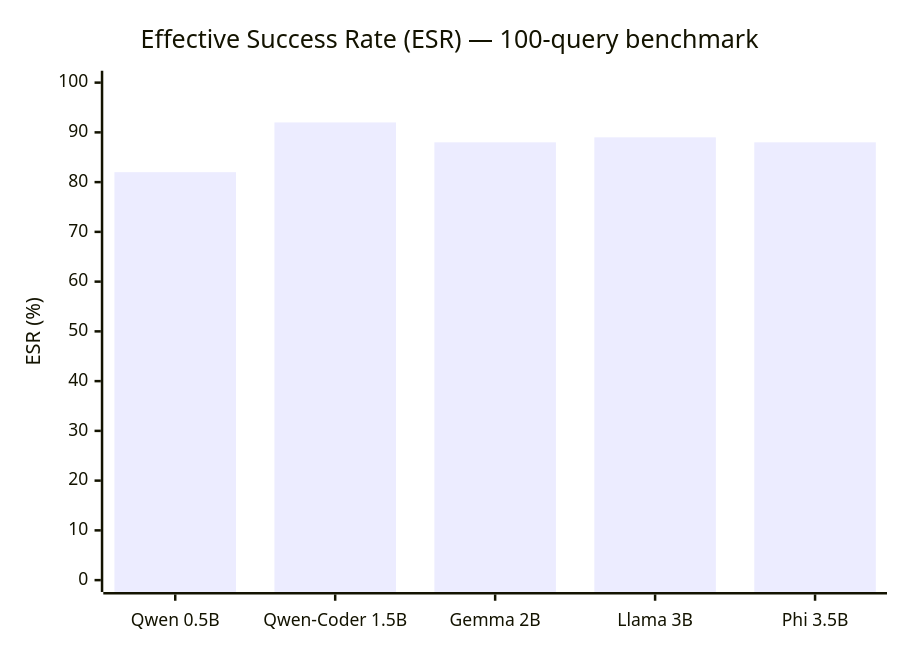
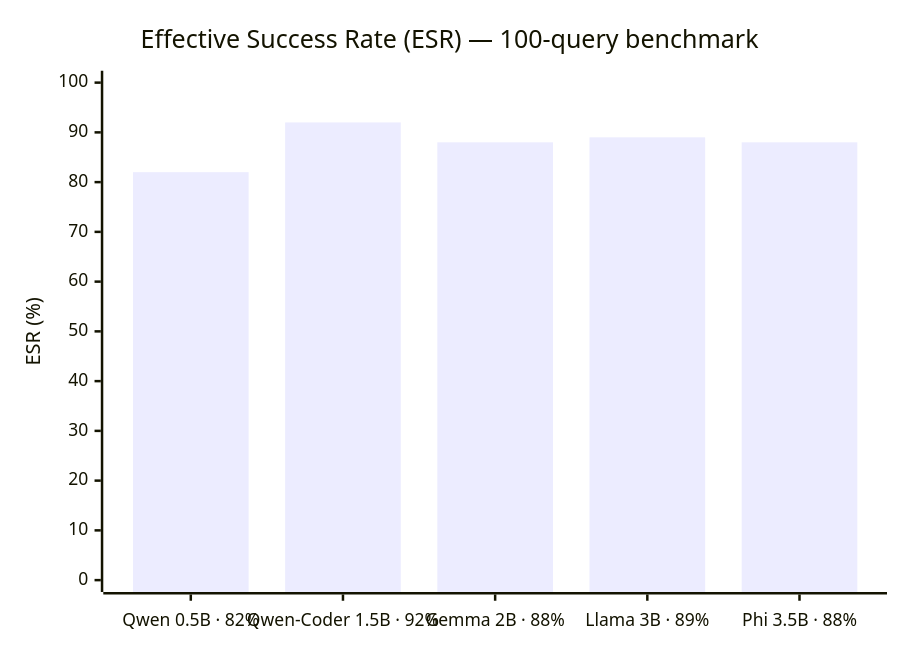
The second of 2 diagrams in README.md (Prashanthkumarpk/floria), drawn with Mermaid before and after one commit.

````diff
--- a/README.md
+++ b/README.md
@@ -243,7 +243,7 @@
 ```mermaid
 xychart-beta
     title "Effective Success Rate (ESR) — 100-query benchmark"
-    x-axis ["Qwen 0.5B", "Qwen-Coder 1.5B", "Gemma 2B", "Llama 3B", "Phi 3.5B"]
+    x-axis ["Qwen 0.5B · 82%", "Qwen-Coder 1.5B · 92%", "Gemma 2B · 88%", "Llama 3B · 89%", "Phi 3.5B · 88%"]
     y-axis "ESR (%)" 0 --> 100
     bar  [82, 92, 88, 89, 88]
 ```
````
